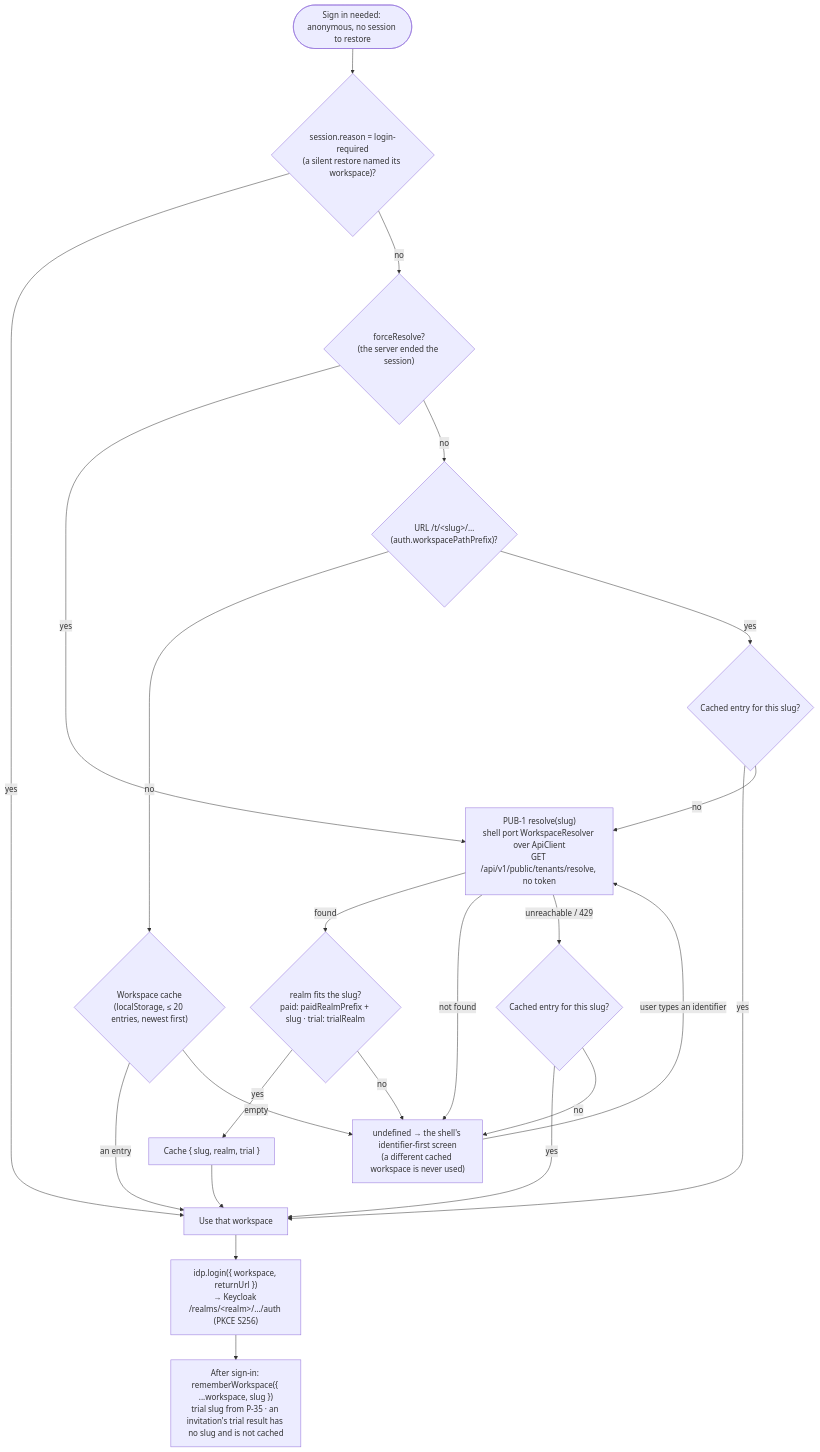
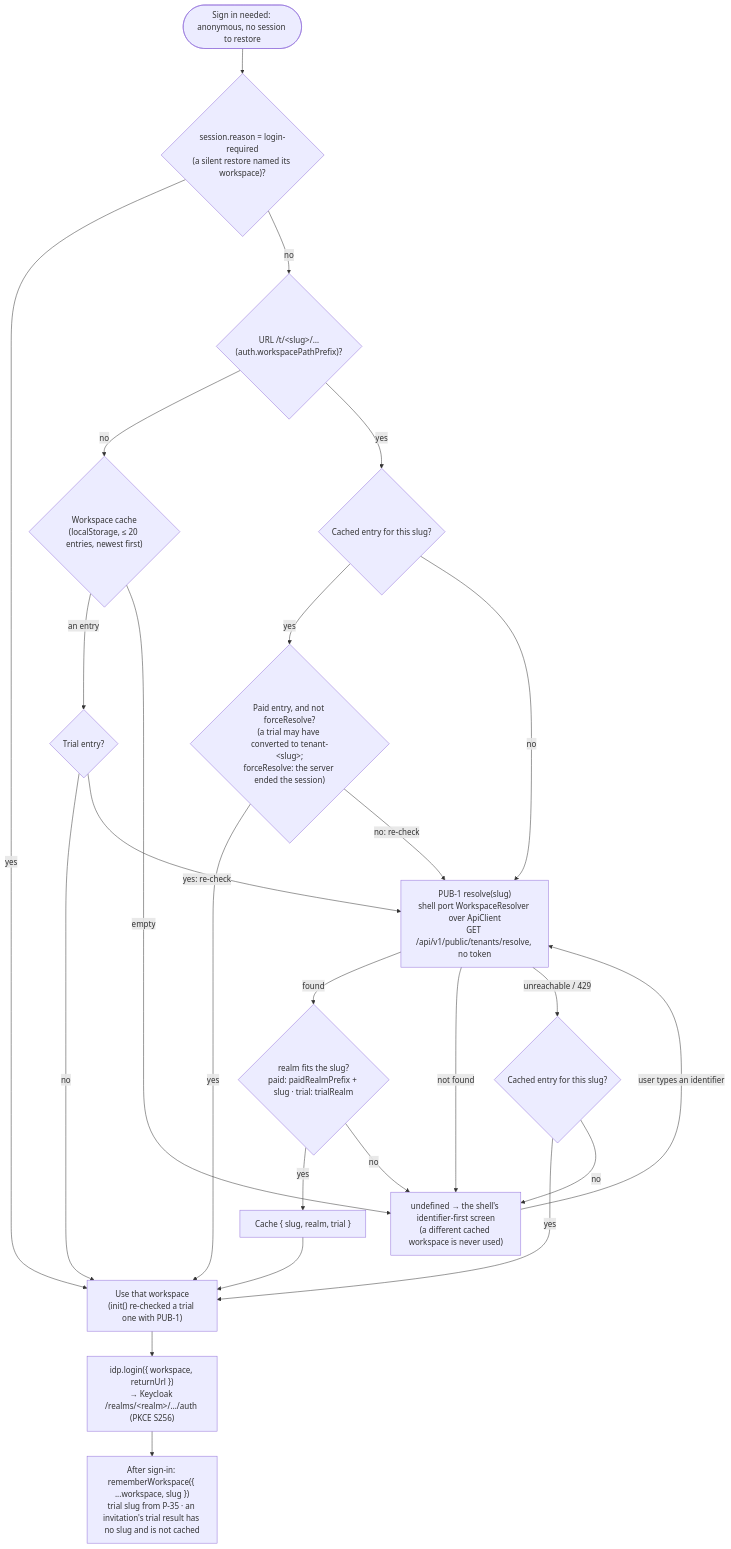
One commit to BCBP-SOLUTIONS-FZC-LLC/platform-reactcommon changed the sixth of 21 diagrams in ARCHITECTURE.md. Above: the diagram before and after it, drawn with Mermaid. The commit also changed other lines of this file and 47 other files, not shown here.

First line of the commit message:
feat(auth,problem): re-check trial workspaces with PUB-1, deny codes from api/deny-codes.json, switchWorkspace prompt (#60)

````diff
--- a/ARCHITECTURE.md
+++ b/ARCHITECTURE.md
@@ -341,24 +341,26 @@
 ```mermaid
 flowchart TD
     start(["Sign in needed: anonymous, no session to restore"]) --> lr{"session.reason = login-required<br/>(a silent restore named its workspace)?"}
-    lr -- yes --> use["Use that workspace"]
-    lr -- no --> force{"forceResolve?<br/>(the server ended the session)"}
-    force -- yes --> pub1
-    force -- no --> slug{"URL /t/&lt;slug&gt;/…<br/>(auth.workspacePathPrefix)?"}
+    lr -- yes --> use["Use that workspace<br/>(init() re-checked a trial one with PUB-1)"]
+    lr -- no --> slug{"URL /t/&lt;slug&gt;/…<br/>(auth.workspacePathPrefix)?"}
     slug -- no --> recent{"Workspace cache<br/>(localStorage, ≤ 20 entries, newest first)"}
-    recent -- "an entry" --> use
+    recent -- "an entry" --> rtrial{"Trial entry?"}
+    rtrial -- no --> use
+    rtrial -- "yes: re-check" --> pub1
     recent -- empty --> ask
     slug -- yes --> cached{"Cached entry for this slug?"}
-    cached -- yes --> use
+    cached -- yes --> paid{"Paid entry, and not forceResolve?<br/>(a trial may have converted to tenant-&lt;slug&gt;;<br/>forceResolve: the server ended the session)"}
+    paid -- yes --> use
+    paid -- "no: re-check" --> pub1
     cached -- no --> pub1["PUB-1 resolve(slug)<br/>shell port WorkspaceResolver over ApiClient<br/>GET /api/v1/public/tenants/resolve, no token"]
     pub1 -- "found" --> fits{"realm fits the slug?<br/>paid: paidRealmPrefix + slug · trial: trialRealm"}
     fits -- yes --> cache["Cache { slug, realm, trial }"] --> use
     fits -- no --> ask
     pub1 -- "not found" --> ask["undefined → the shell's identifier-first screen<br/>(a different cached workspace is never used)"]
     pub1 -- "unreachable / 429" --> fallback{"Cached entry for this slug?"}
     fallback -- yes --> use
     fallback -- no --> ask
     ask -- "user types an identifier" --> pub1
     use --> login["idp.login({ workspace, returnUrl })<br/>→ Keycloak /realms/&lt;realm&gt;/…/auth (PKCE S256)"]
     login --> after["After sign-in: rememberWorkspace({ ...workspace, slug })<br/>trial slug from P-35 · an invitation's trial result has no slug and is not cached"]
 ```
````
